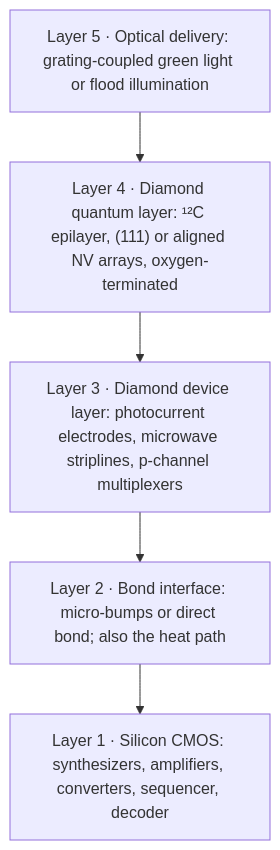
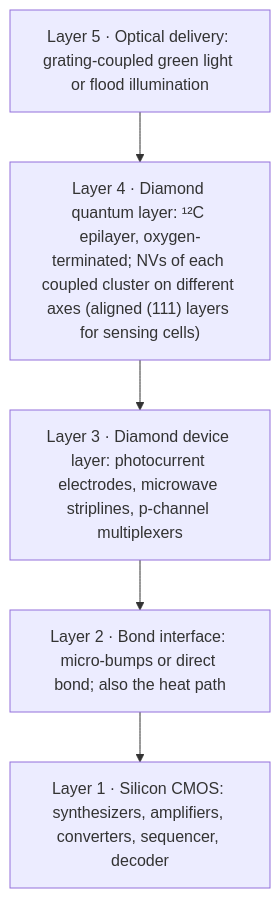
The diagram in docs/09_cmos_control_integration.md (Normansrule/adamas-diamond-framework), drawn with Mermaid before and after one commit. The commit also changed other lines of this file and 167 other files, not shown here.

````diff
--- a/docs/09_cmos_control_integration.md
+++ b/docs/09_cmos_control_integration.md
@@ -25,9 +25,9 @@
 ```mermaid
 flowchart TB
     L5["Layer 5 · Optical delivery: grating-coupled green light or flood illumination"]
-    L4["Layer 4 · Diamond quantum layer: ¹²C epilayer, (111) or aligned NV arrays, oxygen-terminated"]
+    L4["Layer 4 · Diamond quantum layer: ¹²C epilayer, oxygen-terminated; NVs of each coupled cluster on different axes (aligned (111) layers for sensing cells)"]
     L3["Layer 3 · Diamond device layer: photocurrent electrodes, microwave striplines, p-channel multiplexers"]
     L2["Layer 2 · Bond interface: micro-bumps or direct bond; also the heat path"]
     L1["Layer 1 · Silicon CMOS: synthesizers, amplifiers, converters, sequencer, decoder"]
     L5 --> L4 --> L3 --> L2 --> L1
 ```
````
